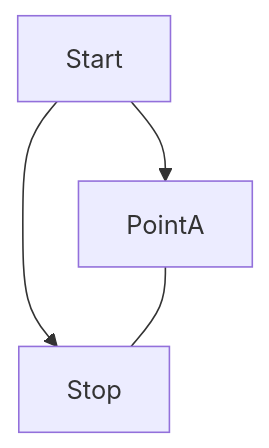
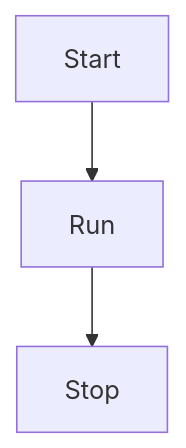
Before and after one commit to enu23456/githubactiontest: the first of 2 diagrams in README.md, drawn with Mermaid. The commit also changed other lines of this file, not shown here.

````diff
--- a/README.md
+++ b/README.md
@@ -5,6 +5,5 @@
 ```mermaid
 flowchart TD
-    Start --> Stop
-    Start --> PointA
-    PointA --- Stop
+    Start --> Run
+    Run --> Stop
 ```
````
